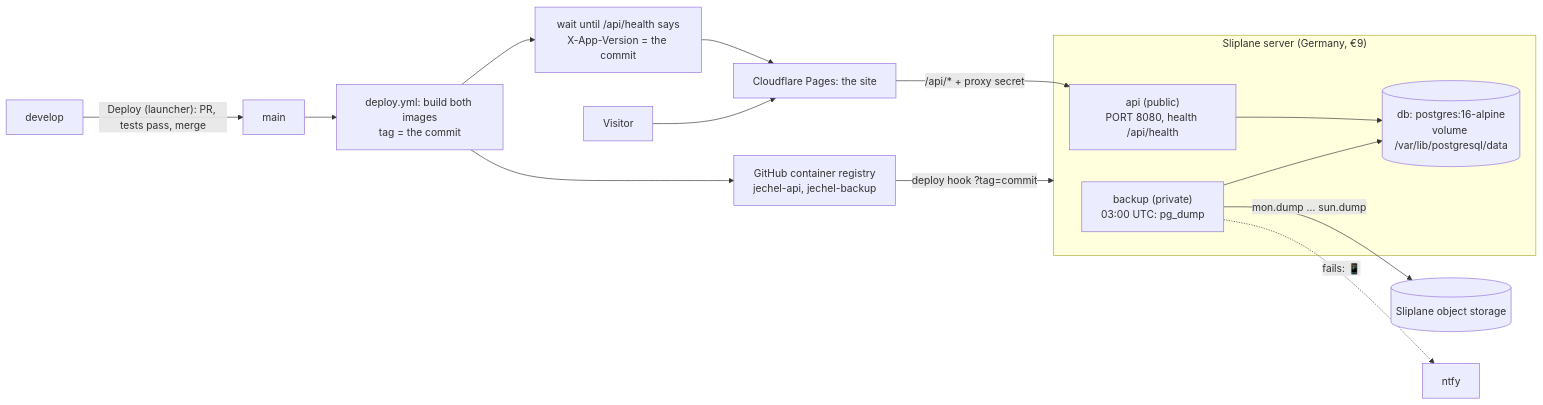
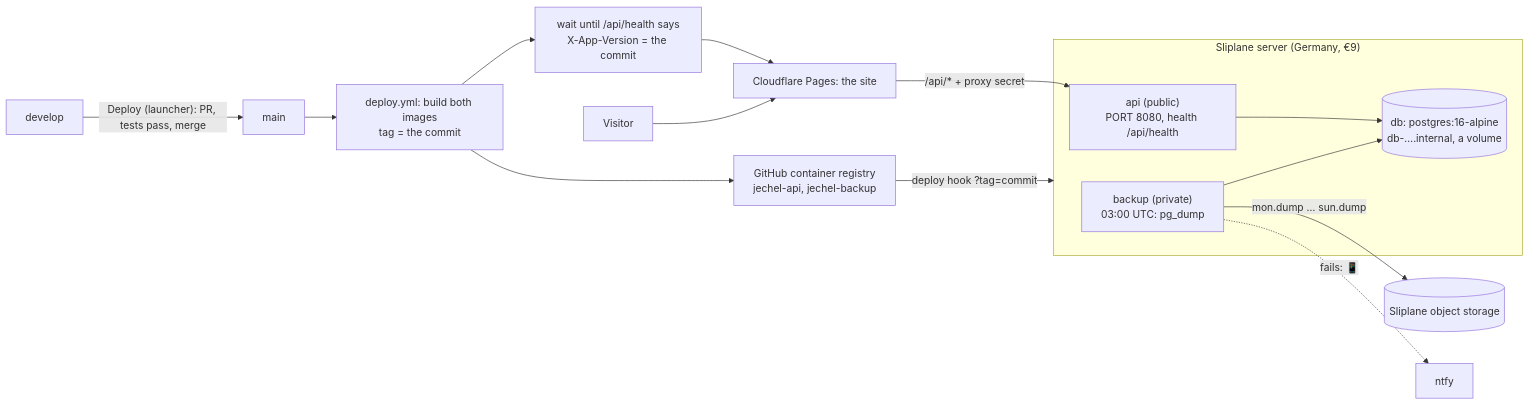
Before and after one commit to ClaoMike/jechel.dev.2026: the fifth of 5 diagrams in README.md, drawn with Mermaid. The commit also changed other lines of this file, not shown here.

Commit message:
README: the database's internal endpoint has a suffix, and PGDATA sits in a subfolder

````diff
--- a/README.md
+++ b/README.md
@@ -1404,15 +1404,15 @@
 ```mermaid
 flowchart LR
   dev["develop"] -- "Deploy (launcher): PR, tests pass, merge" --> main["main"]
   main --> images["deploy.yml: build both images<br/>tag = the commit"]
   images --> ghcr["GitHub container registry<br/>jechel-api, jechel-backup"]
   ghcr -- "deploy hook ?tag=commit" --> sliplane
   subgraph sliplane["Sliplane server (Germany, €9)"]
-    api["api (public)<br/>PORT 8080, health /api/health"] --> db[("db: postgres:16-alpine<br/>volume /var/lib/postgresql/data")]
+    api["api (public)<br/>PORT 8080, health /api/health"] --> db[("db: postgres:16-alpine<br/>db-….internal, a volume")]
     backup["backup (private)<br/>03:00 UTC: pg_dump"] --> db
   end
   backup -- "mon.dump … sun.dump" --> s3[("Sliplane object storage")]
   backup -. "fails: 📱" .-> ntfy["ntfy"]
   images --> wait["wait until /api/health says<br/>X-App-Version = the commit"] --> pages["Cloudflare Pages: the site"]
   visitor["Visitor"] --> pages -- "/api/* + proxy secret" --> api
 ```
````
